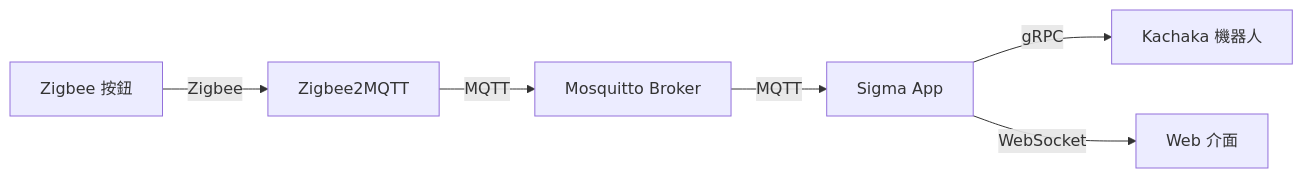
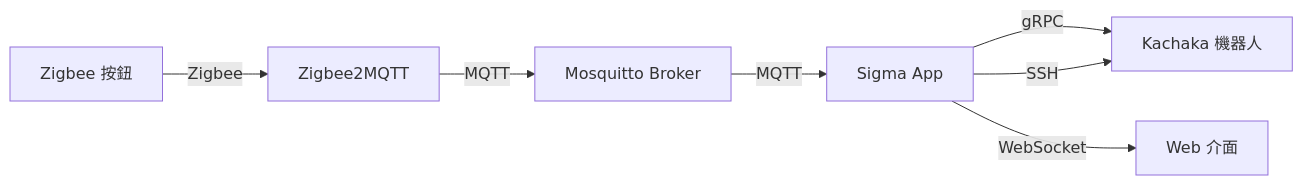
Before and after one commit to Sigma-Snaken/sigma-button-controller: the second of 2 diagrams in docs/manual/operation-manual.md, drawn with Mermaid. The commit also changed other lines of this file and 6 other files, not shown here.

````diff
--- a/docs/manual/operation-manual.md
+++ b/docs/manual/operation-manual.md
@@ -85,8 +97,9 @@
 ```mermaid
 graph LR
     A[Zigbee 按鈕] -->|Zigbee| B[Zigbee2MQTT]
     B -->|MQTT| C[Mosquitto Broker]
     C -->|MQTT| D[Sigma App]
     D -->|gRPC| E[Kachaka 機器人]
+    D -->|SSH| E
     D -->|WebSocket| F[Web 介面]
 ```
````
